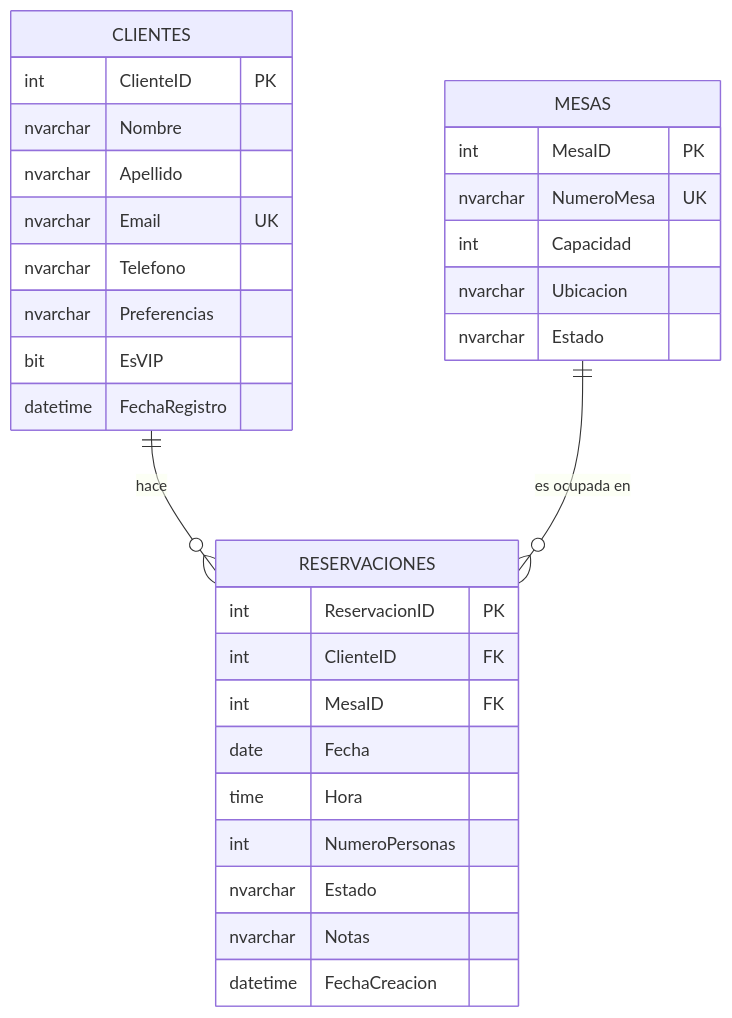
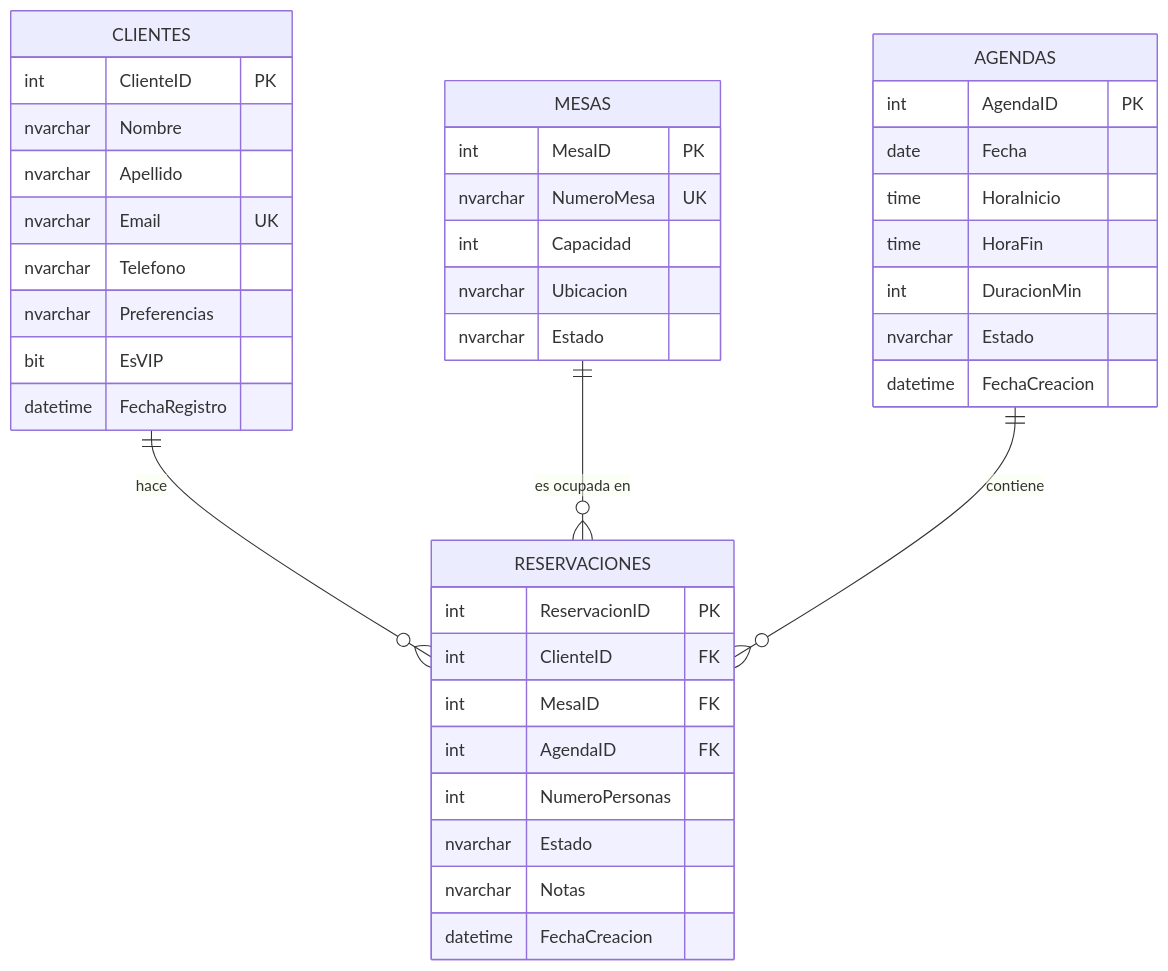
One commit to Javiersan237/Restaurant-Page-with_DB changed the diagram in docs/ERD.md. Above: the diagram before and after it, drawn with Mermaid. The commit also changed other lines of this file and 4 other files, not shown here.

````diff
--- a/docs/ERD.md
+++ b/docs/ERD.md
@@ -7,36 +7,46 @@
 ```mermaid
 erDiagram
     CLIENTES ||--o{ RESERVACIONES : "hace"
     MESAS    ||--o{ RESERVACIONES : "es ocupada en"
+    AGENDAS  ||--o{ RESERVACIONES : "contiene"
 
     CLIENTES {
         int ClienteID PK
         nvarchar Nombre
         nvarchar Apellido
         nvarchar Email UK
         nvarchar Telefono
         nvarchar Preferencias
         bit EsVIP
         datetime FechaRegistro
     }
 
     MESAS {
         int MesaID PK
         nvarchar NumeroMesa UK
         int Capacidad
         nvarchar Ubicacion
         nvarchar Estado
     }
 
+    AGENDAS {
+        int AgendaID PK
+        date Fecha
+        time HoraInicio
+        time HoraFin
+        int DuracionMin
+        nvarchar Estado
+        datetime FechaCreacion
+    }
+
     RESERVACIONES {
         int ReservacionID PK
         int ClienteID FK
         int MesaID FK
-        date Fecha
-        time Hora
+        int AgendaID FK
         int NumeroPersonas
         nvarchar Estado
         nvarchar Notas
         datetime FechaCreacion
     }
 ```
````
